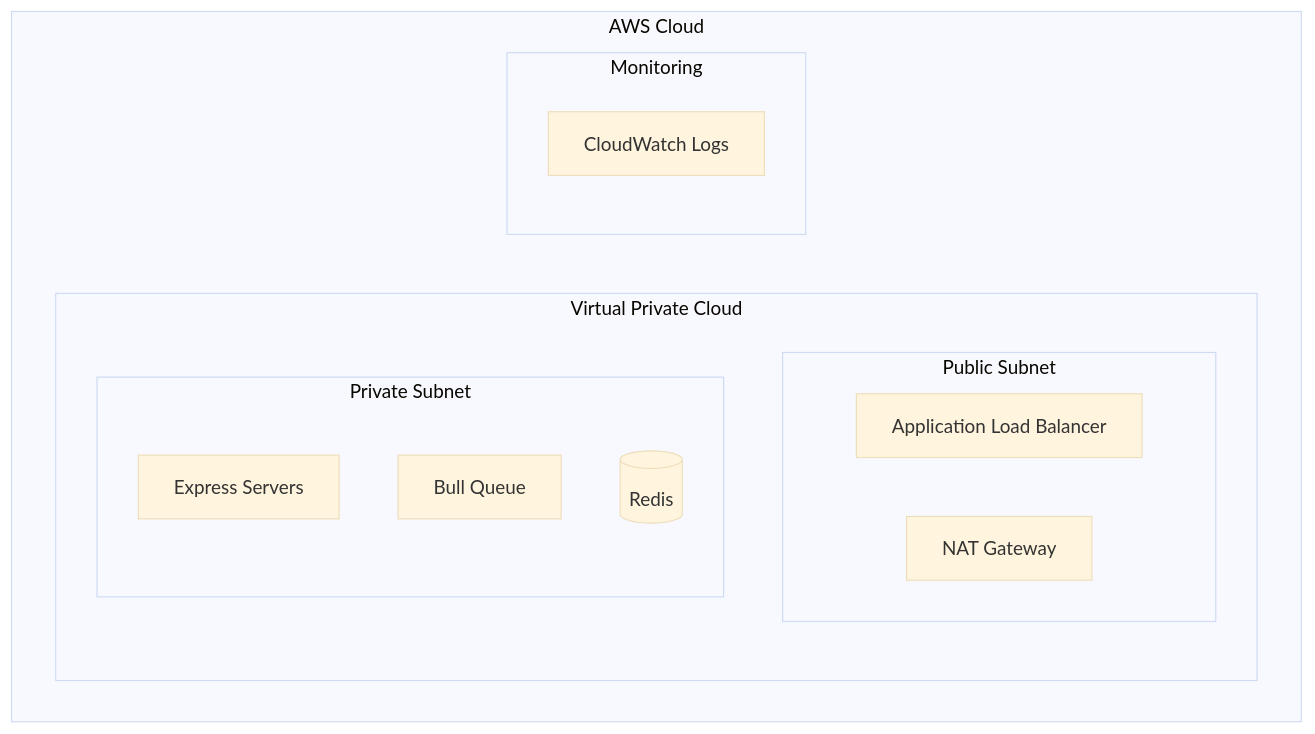
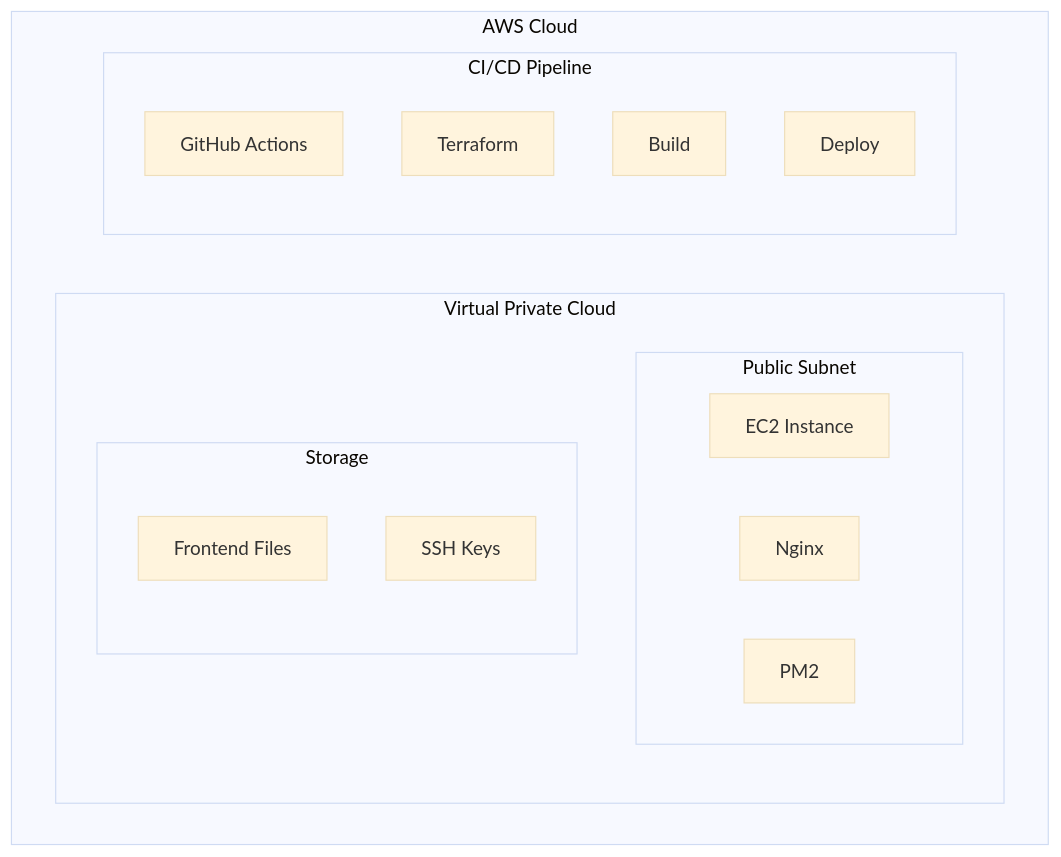
One commit to kranthi0987/eventdrivensystem changed the fourth of 5 diagrams in docs/architecture.md. Above: the diagram before and after it, drawn with Mermaid (base theme). The commit also changed other lines of this file and 3 other files, not shown here.

````diff
--- a/docs/architecture.md
+++ b/docs/architecture.md
@@ -172,21 +188,24 @@
 ```mermaid
 graph TB
     subgraph AWS["AWS Cloud"]
         subgraph VPC["Virtual Private Cloud"]
             subgraph Public["Public Subnet"]
-                ALB[Application Load Balancer]
-                NAT[NAT Gateway]
+                EC2[EC2 Instance]
+                Nginx[Nginx]
+                PM2[PM2]
             end
             
-            subgraph Private["Private Subnet"]
-                API[Express Servers]
-                Queue[Bull Queue]
-                Redis[(Redis)]
+            subgraph S3["Storage"]
+                Frontend[Frontend Files]
+                Keys[SSH Keys]
             end
         end
         
-        subgraph Monitoring["Monitoring"]
-            CloudWatch[CloudWatch Logs]
+        subgraph CI/CD["CI/CD Pipeline"]
+            GitHub[GitHub Actions]
+            Terraform[Terraform]
+            Build[Build]
+            Deploy[Deploy]
         end
     end
 ```
````
